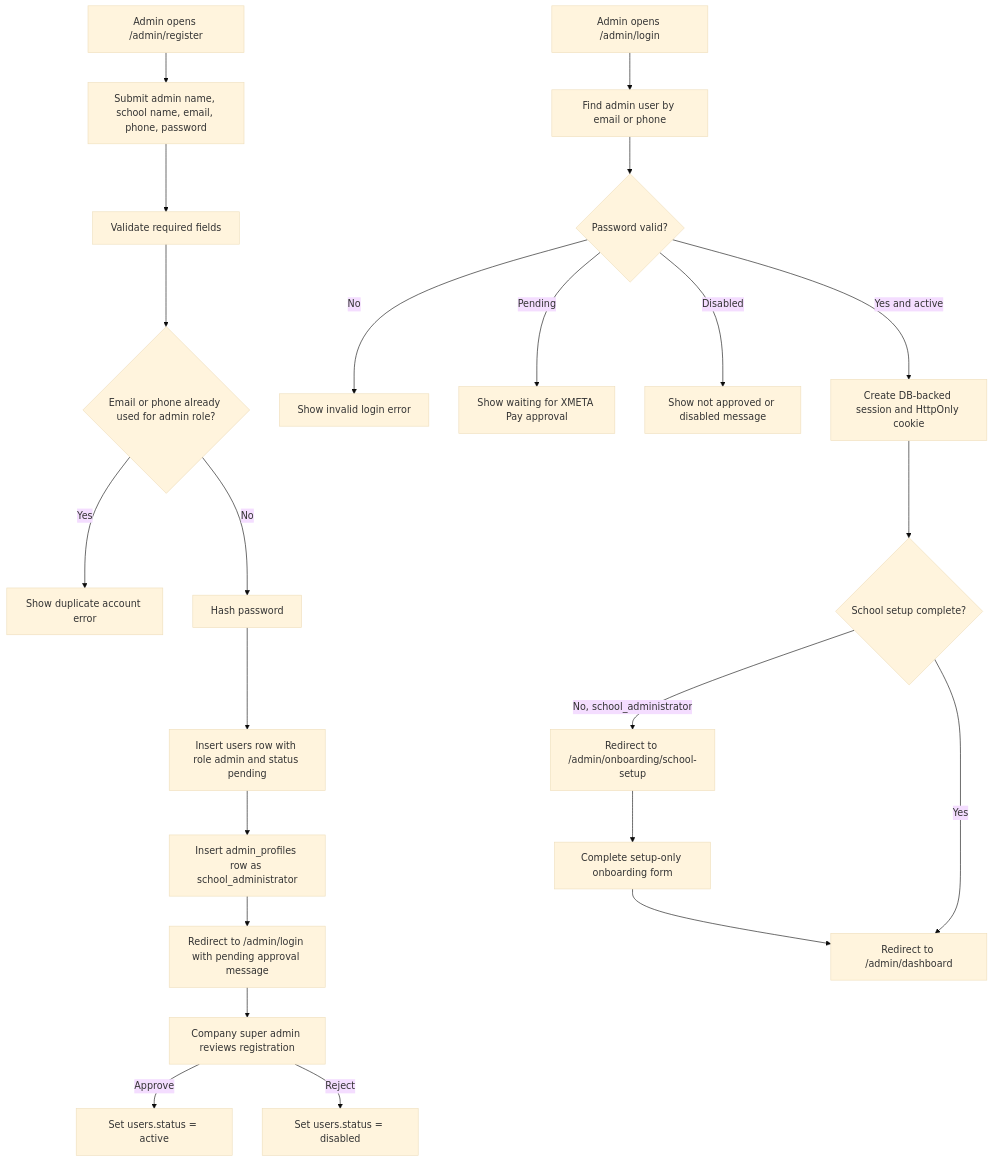
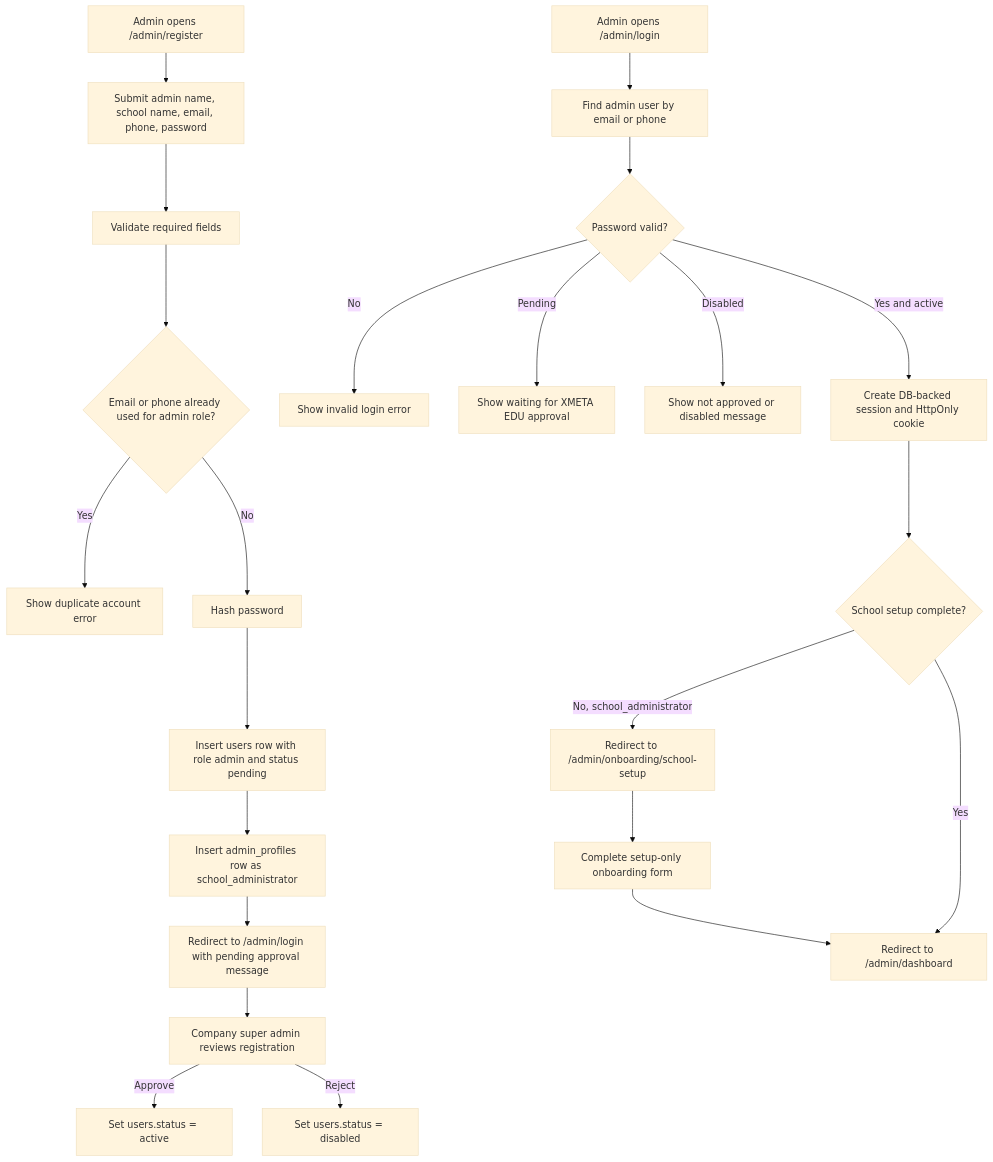
Before and after one commit to Xeyn19/xmetapay: the fourth of 22 diagrams in docs/PROJECT_FLOWCHARTS.md, drawn with Mermaid (base theme). The commit also changed other lines of this file and 34 other files, not shown here.

Commit message:
chore(branding): rename XMETA Pay to XMETA EDU

````diff
--- a/docs/PROJECT_FLOWCHARTS.md
+++ b/docs/PROJECT_FLOWCHARTS.md
@@ -180,26 +180,26 @@
 ```mermaid
 flowchart TD
   A["Admin opens /admin/register"] --> B["Submit admin name, school name, email, phone, password"]
   B --> C["Validate required fields"]
   C --> D{"Email or phone already used for admin role?"}
   D -->|Yes| E["Show duplicate account error"]
   D -->|No| F["Hash password"]
   F --> G["Insert users row with role admin and status pending"]
   G --> H["Insert admin_profiles row as school_administrator"]
   H --> I["Redirect to /admin/login with pending approval message"]
   I --> J["Company super admin reviews registration"]
   J -->|Approve| K["Set users.status = active"]
   J -->|Reject| L["Set users.status = disabled"]
 
   M["Admin opens /admin/login"] --> N["Find admin user by email or phone"]
   N --> O{"Password valid?"}
   O -->|No| P["Show invalid login error"]
-  O -->|Pending| P2["Show waiting for XMETA Pay approval"]
+  O -->|Pending| P2["Show waiting for XMETA EDU approval"]
   O -->|Disabled| P3["Show not approved or disabled message"]
   O -->|Yes and active| Q["Create DB-backed session and HttpOnly cookie"]
   Q --> R{"School setup complete?"}
   R -->|No, school_administrator| S["Redirect to /admin/onboarding/school-setup"]
   S --> T["Complete setup-only onboarding form"]
   T --> U["Redirect to /admin/dashboard"]
   R -->|Yes| U
 ```
````
